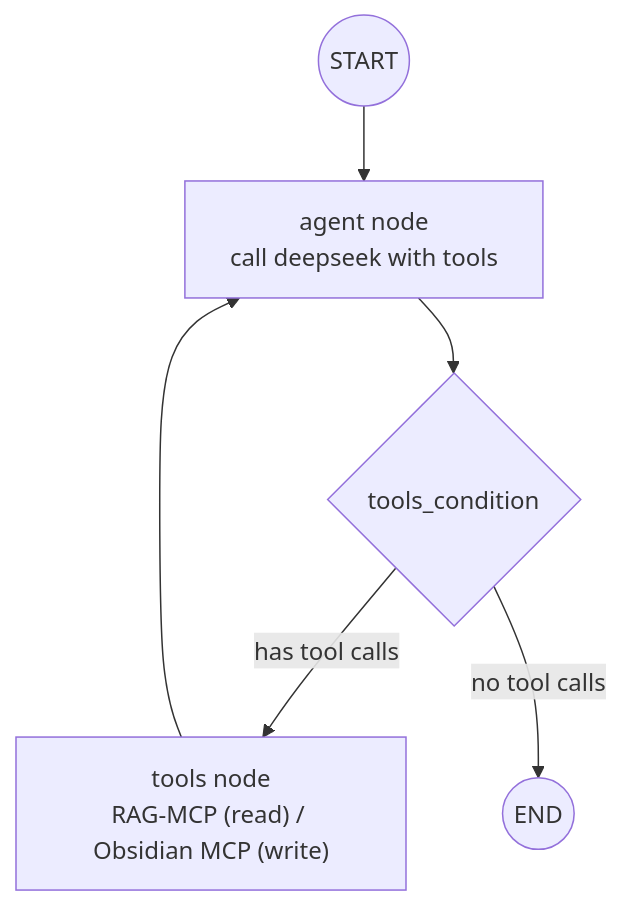
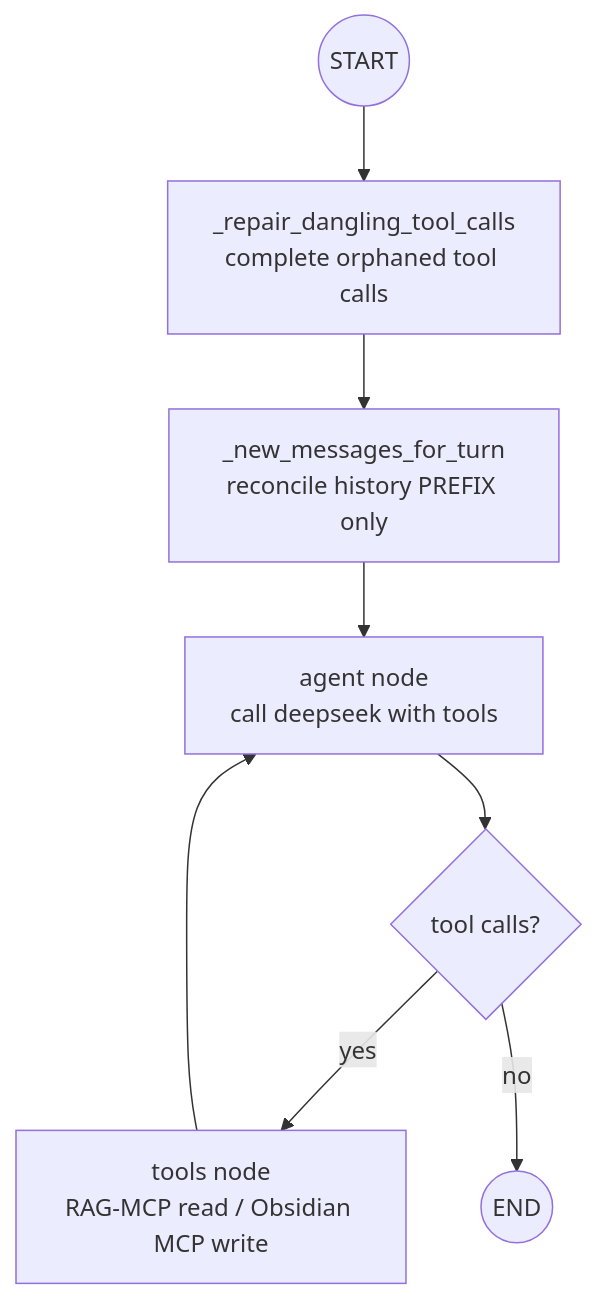
The sixth of 9 diagrams in docs/SPEC.md (Atrv-Shrn/Obsidian-Librarian), drawn with Mermaid before and after one commit. The commit also changed other lines of this file and 5 other files, not shown here.

First line of the commit message:
fix: never invoke the agent graph with an empty message list

````diff
--- a/docs/SPEC.md
+++ b/docs/SPEC.md
@@ -344,8 +383,10 @@
 ```mermaid
 flowchart TB
-  START((START)) --> AGENT["agent node<br/>call deepseek with tools"]
-  AGENT --> ROUTE{tools_condition}
-  ROUTE -->|has tool calls| TOOLS["tools node<br/>RAG-MCP (read) / Obsidian MCP (write)"]
+  START((START)) --> REPAIR["_repair_dangling_tool_calls<br/>complete orphaned tool calls"]
+  REPAIR --> RECON["_new_messages_for_turn<br/>reconcile history PREFIX only"]
+  RECON --> AGENT["agent node<br/>call deepseek with tools"]
+  AGENT --> ROUTE{"tool calls?"}
+  ROUTE -->|yes| TOOLS["tools node<br/>RAG-MCP read / Obsidian MCP write"]
   TOOLS --> AGENT
-  ROUTE -->|no tool calls| FIN((END))
+  ROUTE -->|no| FIN((END))
 ```
````
